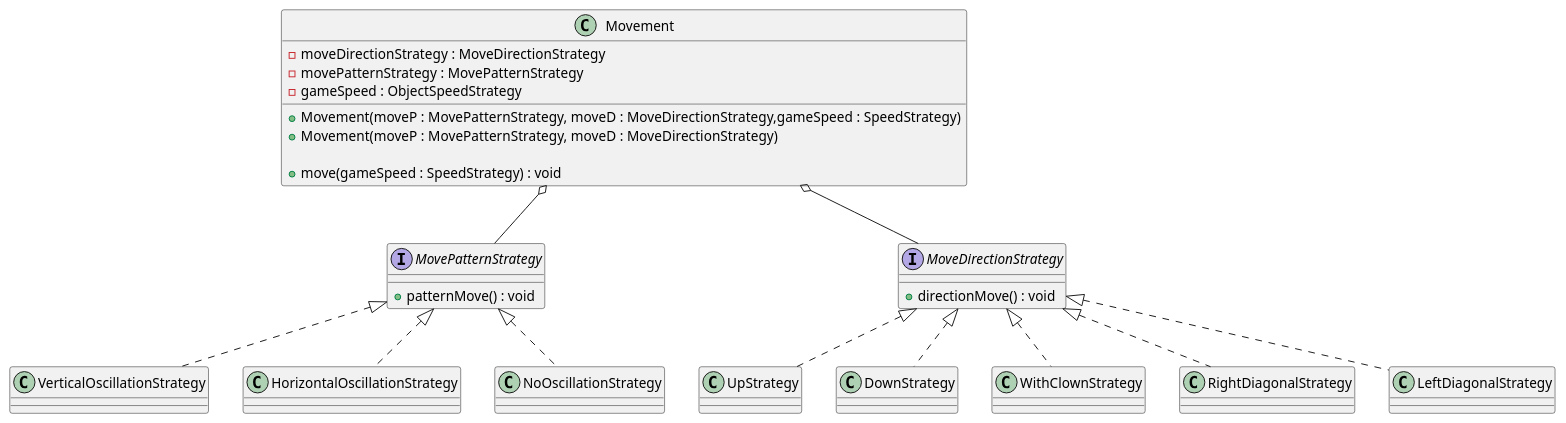
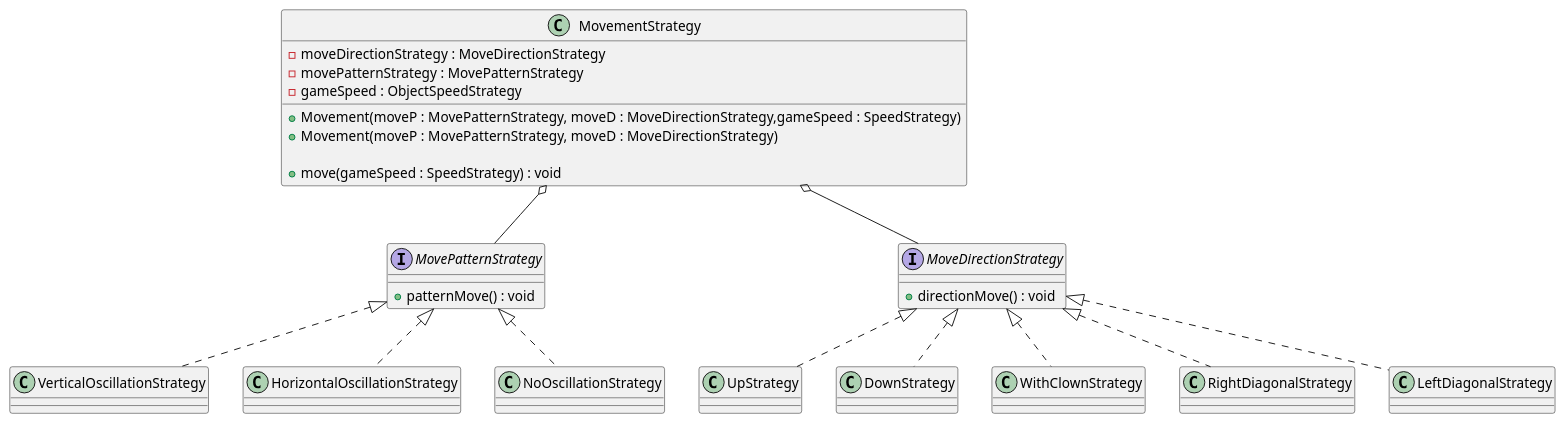
Before and after one commit to shadyalattarr/Circus-of-Plates: the diagram in UML/Design Patterns/MovementStrategy.wsd, drawn with PlantUML. The commit also changed 3 other files, not shown here.

```diff
--- a/UML/Design Patterns/MovementStrategy.wsd
+++ b/UML/Design Patterns/MovementStrategy.wsd
@@ -1,71 +1,71 @@
 @startuml MovementStrategy
 
-class Movement{
+class MovementStrategy{
     -moveDirectionStrategy : MoveDirectionStrategy
     -movePatternStrategy : MovePatternStrategy
     -gameSpeed : ObjectSpeedStrategy
     +Movement(moveP : MovePatternStrategy, moveD : MoveDirectionStrategy,gameSpeed : SpeedStrategy)
     +Movement(moveP : MovePatternStrategy, moveD : MoveDirectionStrategy) 
     /'second constructor to make a movement without speed aka difault speed?'/
 
     +move(gameSpeed : SpeedStrategy) : void
 }
 
 
 interface MovePatternStrategy { 
     +patternMove() : void
 }
 
 class VerticalOscillationStrategy { 
 
 }
 
 class HorizontalOscillationStrategy { 
     
 }
 
 class NoOscillationStrategy { 
     
 }
 
 interface MoveDirectionStrategy{
     +directionMove() : void
 }
 
 class UpStrategy{
 
 }
 
 class DownStrategy{
 
 }
 
 class WithClownStrategy{
 
 }
 
 class RightDiagonalStrategy {
 
 }
 
 class LeftDiagonalStrategy {
 
 }
 
-Movement o-- MoveDirectionStrategy
-Movement o-- MovePatternStrategy
+MovementStrategy o-- MoveDirectionStrategy
+MovementStrategy o-- MovePatternStrategy
 
 
 
 MoveDirectionStrategy <|.. UpStrategy 
 MoveDirectionStrategy <|.. DownStrategy 
 MoveDirectionStrategy <|.. WithClownStrategy 
 MoveDirectionStrategy <|.. RightDiagonalStrategy 
 MoveDirectionStrategy <|.. LeftDiagonalStrategy 
 
 
 MovePatternStrategy <|.. NoOscillationStrategy
 MovePatternStrategy <|.. VerticalOscillationStrategy
 MovePatternStrategy <|.. HorizontalOscillationStrategy
 
 @enduml
```
